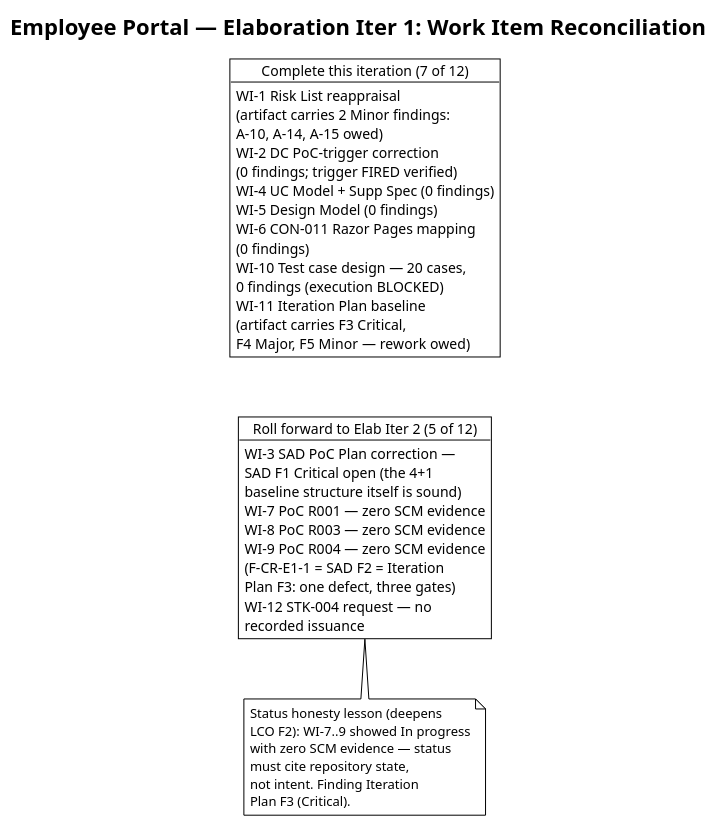
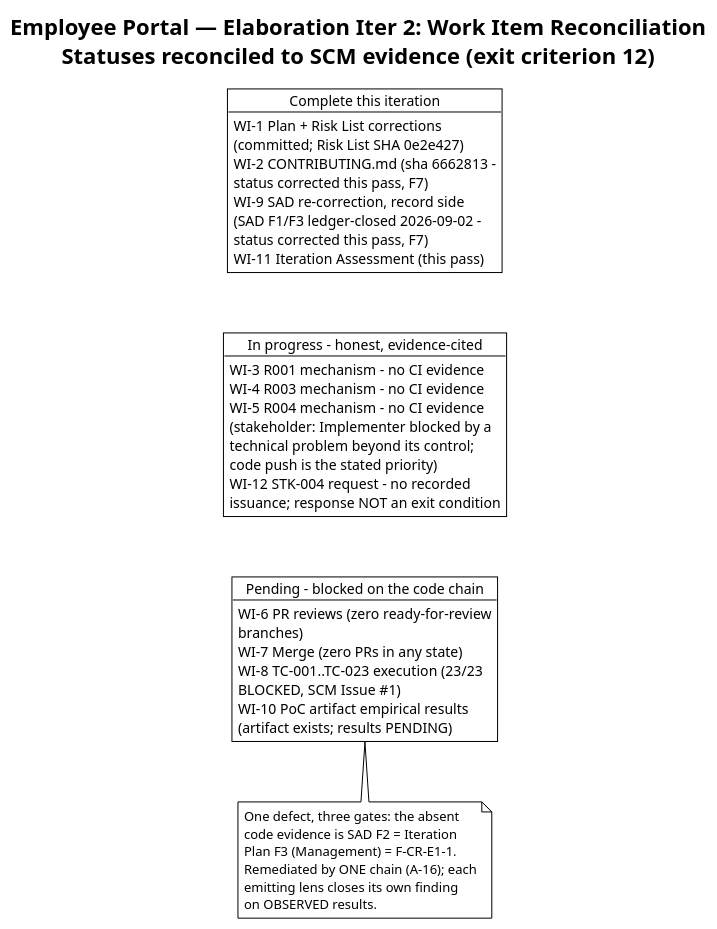
One commit to banense-test/employee-portal changed the third of 4 diagrams in docs/artifacts/project-management/iteration-assessment.md. Above: the diagram before and after it, drawn with PlantUML. The commit also changed other lines of this file, not shown here.

First line of the commit message:
Project Manager [E2]: upsert Iteration Assessment

````diff
--- a/docs/artifacts/project-management/iteration-assessment.md
+++ b/docs/artifacts/project-management/iteration-assessment.md
@@ -156,45 +190,47 @@
 ```plantuml
 @startuml
 !theme plain
-title Employee Portal — Elaboration Iter 1: Work Item Reconciliation
+title Employee Portal — Elaboration Iter 2: Work Item Reconciliation\nStatuses reconciled to SCM evidence (exit criterion 12)
 
-object "Complete this iteration (7 of 12)" as C {
-  WI-1 Risk List reappraisal
-  (artifact carries 2 Minor findings:
-  A-10, A-14, A-15 owed)
-  WI-2 DC PoC-trigger correction
-  (0 findings; trigger FIRED verified)
-  WI-4 UC Model + Supp Spec (0 findings)
-  WI-5 Design Model (0 findings)
-  WI-6 CON-011 Razor Pages mapping
-  (0 findings)
-  WI-10 Test case design — 20 cases,
-  0 findings (execution BLOCKED)
-  WI-11 Iteration Plan baseline
-  (artifact carries F3 Critical,
-  F4 Major, F5 Minor — rework owed)
+object "Complete this iteration" as C {
+  WI-1 Plan + Risk List corrections
+  (committed; Risk List SHA 0e2e427)
+  WI-2 CONTRIBUTING.md (sha 6662813 -
+  status corrected this pass, F7)
+  WI-9 SAD re-correction, record side
+  (SAD F1/F3 ledger-closed 2026-09-02 -
+  status corrected this pass, F7)
+  WI-11 Iteration Assessment (this pass)
 }
-object "Roll forward to Elab Iter 2 (5 of 12)" as R {
-  WI-3 SAD PoC Plan correction —
-  SAD F1 Critical open (the 4+1
-  baseline structure itself is sound)
-  WI-7 PoC R001 — zero SCM evidence
-  WI-8 PoC R003 — zero SCM evidence
-  WI-9 PoC R004 — zero SCM evidence
-  (F-CR-E1-1 = SAD F2 = Iteration
-  Plan F3: one defect, three gates)
-  WI-12 STK-004 request — no
-  recorded issuance
+object "In progress - honest, evidence-cited" as IP {
+  WI-3 R001 mechanism - no CI evidence
+  WI-4 R003 mechanism - no CI evidence
+  WI-5 R004 mechanism - no CI evidence
+  (stakeholder: Implementer blocked by a
+  technical problem beyond its control;
+  code push is the stated priority)
+  WI-12 STK-004 request - no recorded
+  issuance; response NOT an exit condition
 }
-C -[hidden]-> R
+object "Pending - blocked on the code chain" as P {
+  WI-6 PR reviews (zero ready-for-review
+  branches)
+  WI-7 Merge (zero PRs in any state)
+  WI-8 TC-001..TC-023 execution (23/23
+  BLOCKED, SCM Issue #1)
+  WI-10 PoC artifact empirical results
+  (artifact exists; results PENDING)
+}
+C -[hidden]-> IP
+IP -[hidden]-> P
 
-note bottom of R
-  Status honesty lesson (deepens
-  LCO F2): WI-7..9 showed In progress
-  with zero SCM evidence — status
-  must cite repository state,
-  not intent. Finding Iteration
-  Plan F3 (Critical).
+note bottom of P
+  One defect, three gates: the absent
+  code evidence is SAD F2 = Iteration
+  Plan F3 (Management) = F-CR-E1-1.
+  Remediated by ONE chain (A-16); each
+  emitting lens closes its own finding
+  on OBSERVED results.
 end note
 @enduml
 ```
````
